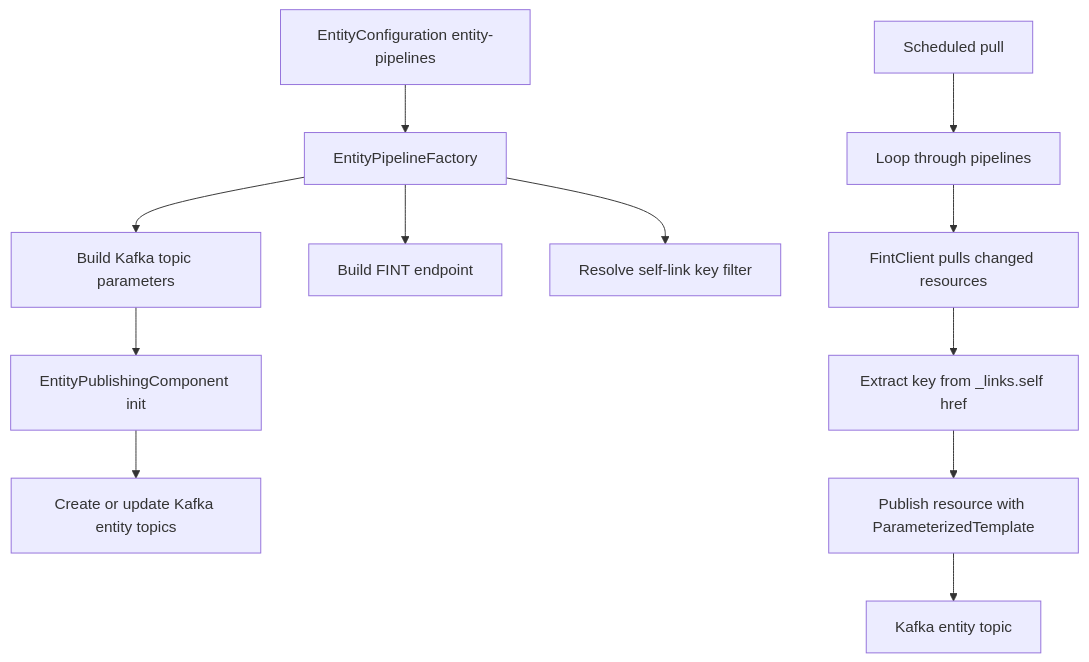
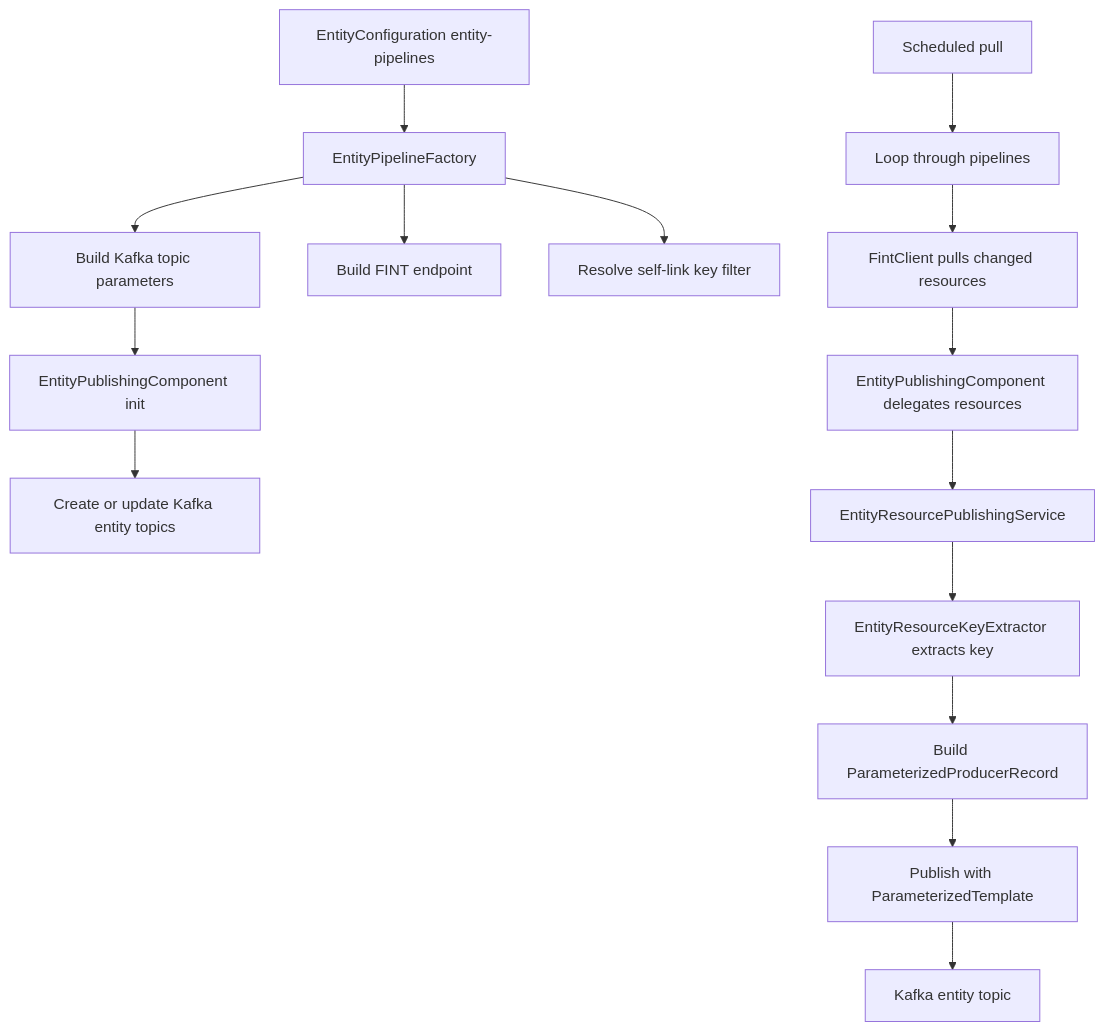
Before and after one commit to FINTLabs/fint-kontroll-fint-gateway: the third of 3 diagrams in README.md, drawn with Mermaid. The commit also changed other lines of this file and 2 other files, not shown here.

````diff
--- a/README.md
+++ b/README.md
@@ -120,15 +124,18 @@
 ```mermaid
 flowchart TD
     A[EntityConfiguration entity-pipelines] --> B[EntityPipelineFactory]
     B --> C[Build Kafka topic parameters]
     B --> D[Build FINT endpoint]
     B --> E[Resolve self-link key filter]
     C --> F[EntityPublishingComponent init]
     F --> G[Create or update Kafka entity topics]
 
     H[Scheduled pull] --> I[Loop through pipelines]
     I --> J[FintClient pulls changed resources]
-    J --> K[Extract key from _links.self href]
-    K --> L[Publish resource with ParameterizedTemplate]
-    L --> M[Kafka entity topic]
+    J --> K[EntityPublishingComponent delegates resources]
+    K --> L[EntityResourcePublishingService]
+    L --> M[EntityResourceKeyExtractor extracts key]
+    M --> N[Build ParameterizedProducerRecord]
+    N --> O[Publish with ParameterizedTemplate]
+    O --> P[Kafka entity topic]
 ```
````
